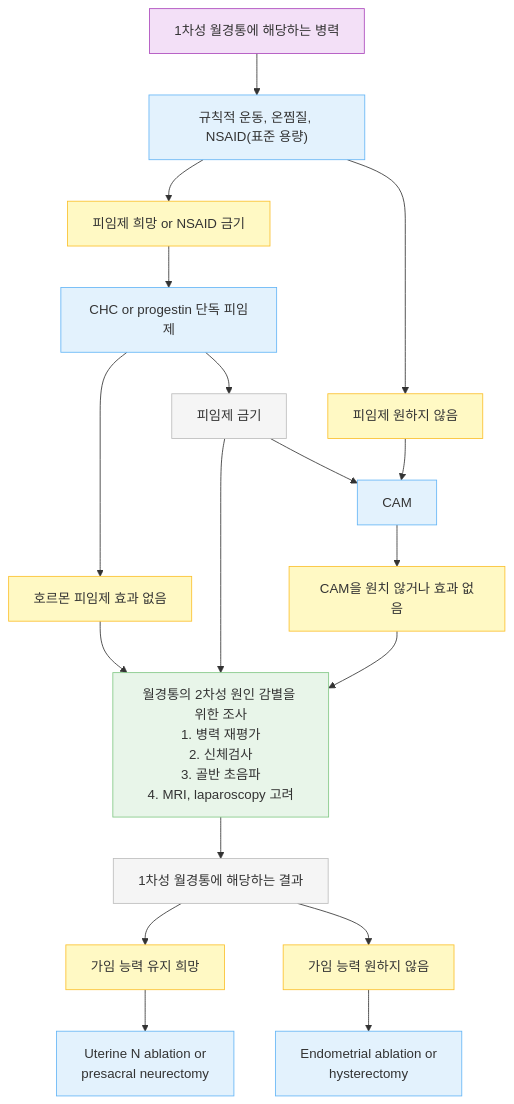
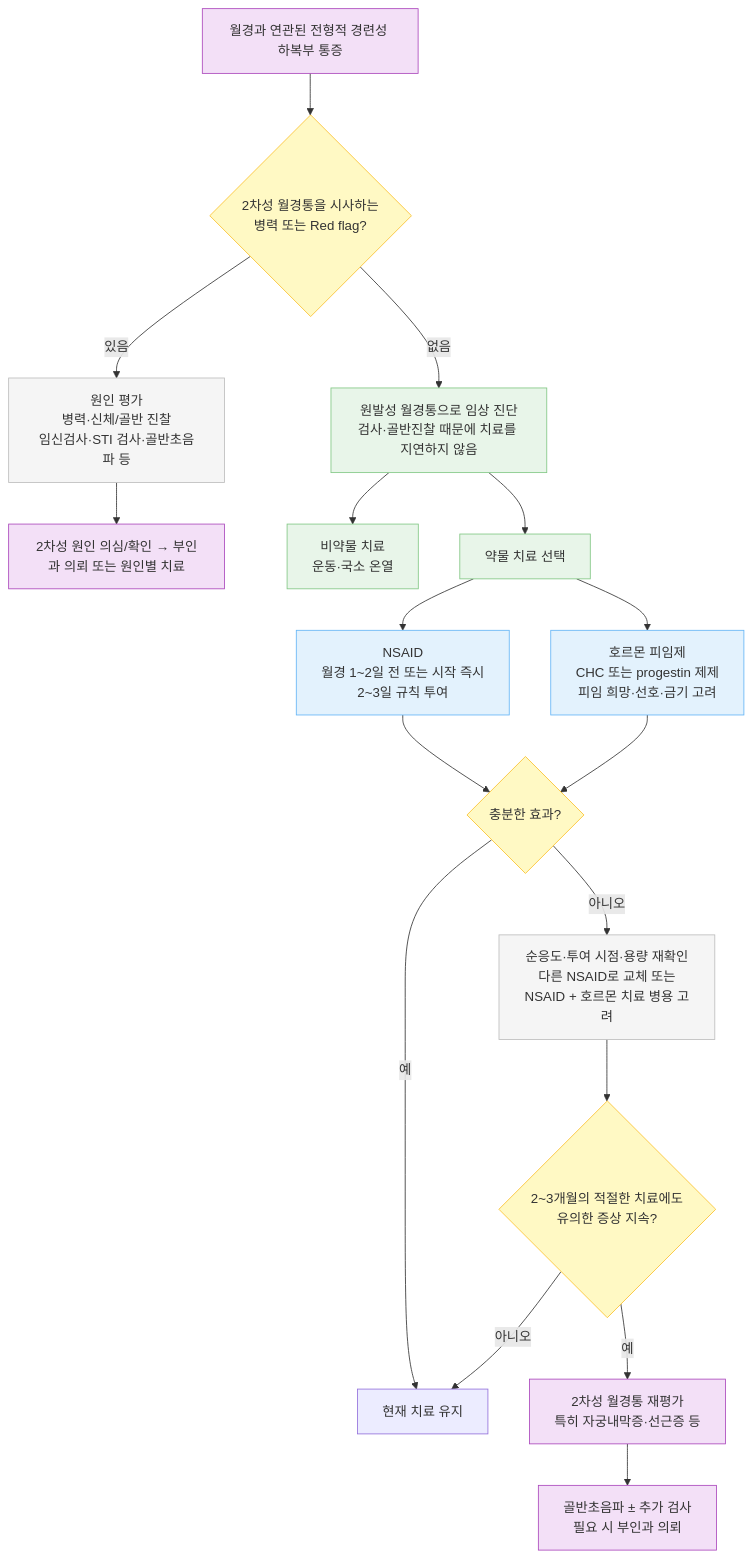
One commit to familyoh77/familyoh77 changed the diagram in 227_/128_-dysmenorrhea.md. Above: the diagram before and after it, drawn with Mermaid. The commit also changed other lines of this file, not shown here.

````diff
--- a/227_/128_-dysmenorrhea.md
+++ b/227_/128_-dysmenorrhea.md
@@ -115,32 +100,32 @@
 ```mermaid
 graph TD
-    A["1차성 월경통에 해당하는 병력"] --> B["규칙적 운동, 온찜질, NSAID(표준 용량)"]
-    B --> C["피임제 희망 or NSAID 금기"]
-    B --> D["피임제 원하지 않음"]
-    C --> E["CHC or progestin 단독 피임제"]
-    E --> H["호르몬 피임제 효과 없음"]
-    E --> G["피임제 금기"]
-    G --> I
-    G --> F
-    D --> F["CAM"]
-    F --> J["CAM을 원치 않거나 효과 없음"]
-    H --> I["월경통의 2차성 원인 감별을 위한 조사<br/>1. 병력 재평가<br/>2. 신체검사<br/>3. 골반 초음파<br/>4. MRI, laparoscopy 고려"]
-    J --> I
-    I --> K["1차성 월경통에 해당하는 결과"]
-    K --> L["가임 능력 유지 희망"]
-    K --> M["가임 능력 원하지 않음"]
-    L --> N["Uterine N ablation or<br/>presacral neurectomy"]
-    M --> O["Endometrial ablation or<br/>hysterectomy"]
+    A["월경과 연관된 전형적 경련성 하복부 통증"] --> B{"2차성 월경통을 시사하는<br/>병력 또는 Red flag?"}
+    B -->|있음| C["원인 평가<br/>병력·신체/골반 진찰<br/>임신검사·STI 검사·골반초음파 등"]
+    C --> D["2차성 원인 의심/확인 → 부인과 의뢰 또는 원인별 치료"]
+    B -->|없음| E["원발성 월경통으로 임상 진단<br/>검사·골반진찰 때문에 치료를 지연하지 않음"]
+    E --> F["비약물 치료<br/>운동·국소 온열"]
+    E --> G["약물 치료 선택"]
+    G --> H["NSAID<br/>월경 1~2일 전 또는 시작 즉시<br/>2~3일 규칙 투여"]
+    G --> I["호르몬 피임제<br/>CHC 또는 progestin 제제<br/>피임 희망·선호·금기 고려"]
+    H --> J{"충분한 효과?"}
+    I --> J
+    J -->|예| K["현재 치료 유지"]
+    J -->|아니오| L["순응도·투여 시점·용량 재확인<br/>다른 NSAID로 교체 또는<br/>NSAID + 호르몬 치료 병용 고려"]
+    L --> M{"2~3개월의 적절한 치료에도<br/>유의한 증상 지속?"}
+    M -->|아니오| K
+    M -->|예| N["2차성 월경통 재평가<br/>특히 자궁내막증·선근증 등"]
+    N --> O["골반초음파 ± 추가 검사<br/>필요 시 부인과 의뢰"]
 
     classDef purple fill:#f3e0f7,stroke:#ab47bc,stroke-width:1px;
     classDef blue fill:#e3f2fd,stroke:#64b5f6,stroke-width:1px;
     classDef yellow fill:#fff9c4,stroke:#fbc02d,stroke-width:1px;
     classDef gray fill:#f5f5f5,stroke:#bdbdbd,stroke-width:1px;
     classDef green fill:#e8f5e9,stroke:#81c784,stroke-width:1px;
 
     class A purple;
-    class B,E,F,N,O blue;
-    class C,D,H,J,L,M yellow;
-    class G,K gray;
-    class I green;
+    class E,F,G green;
+    class H,I blue;
+    class B,J,M yellow;
+    class C,L gray;
+    class D,N,O purple;
 ```
````
